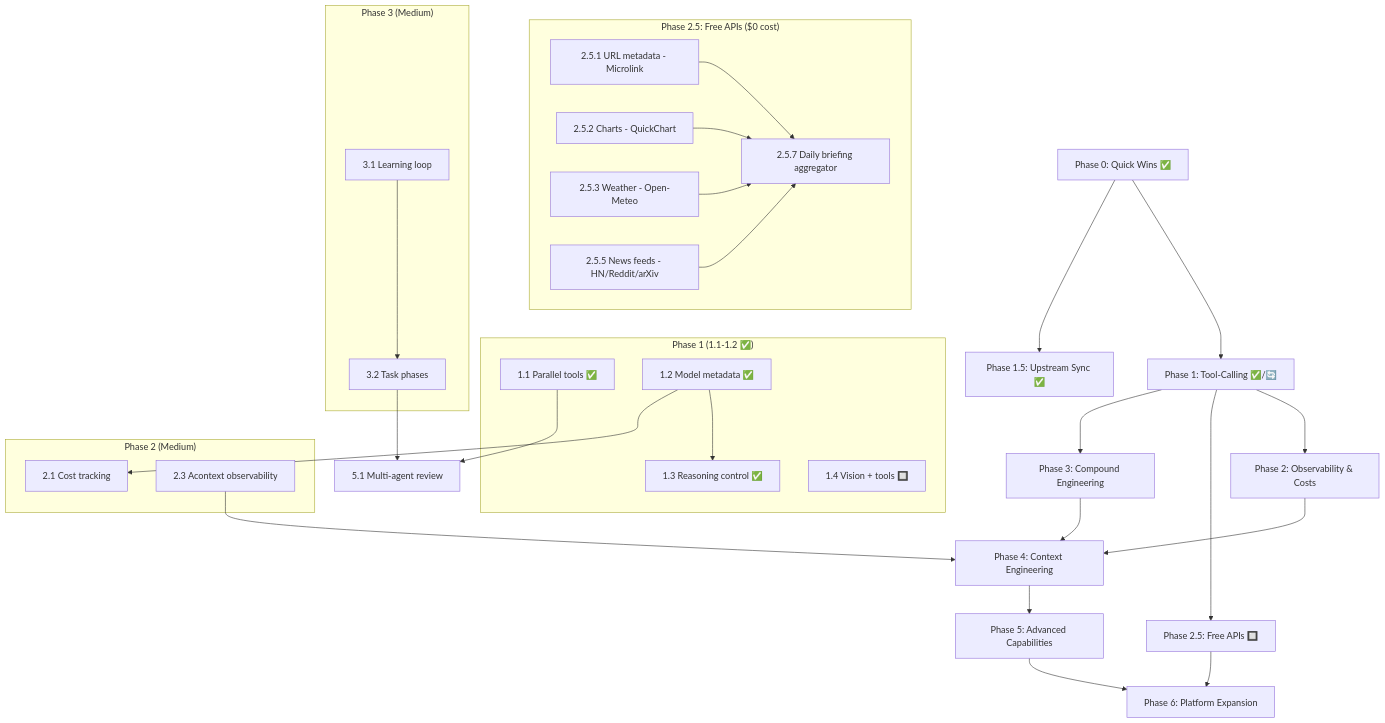
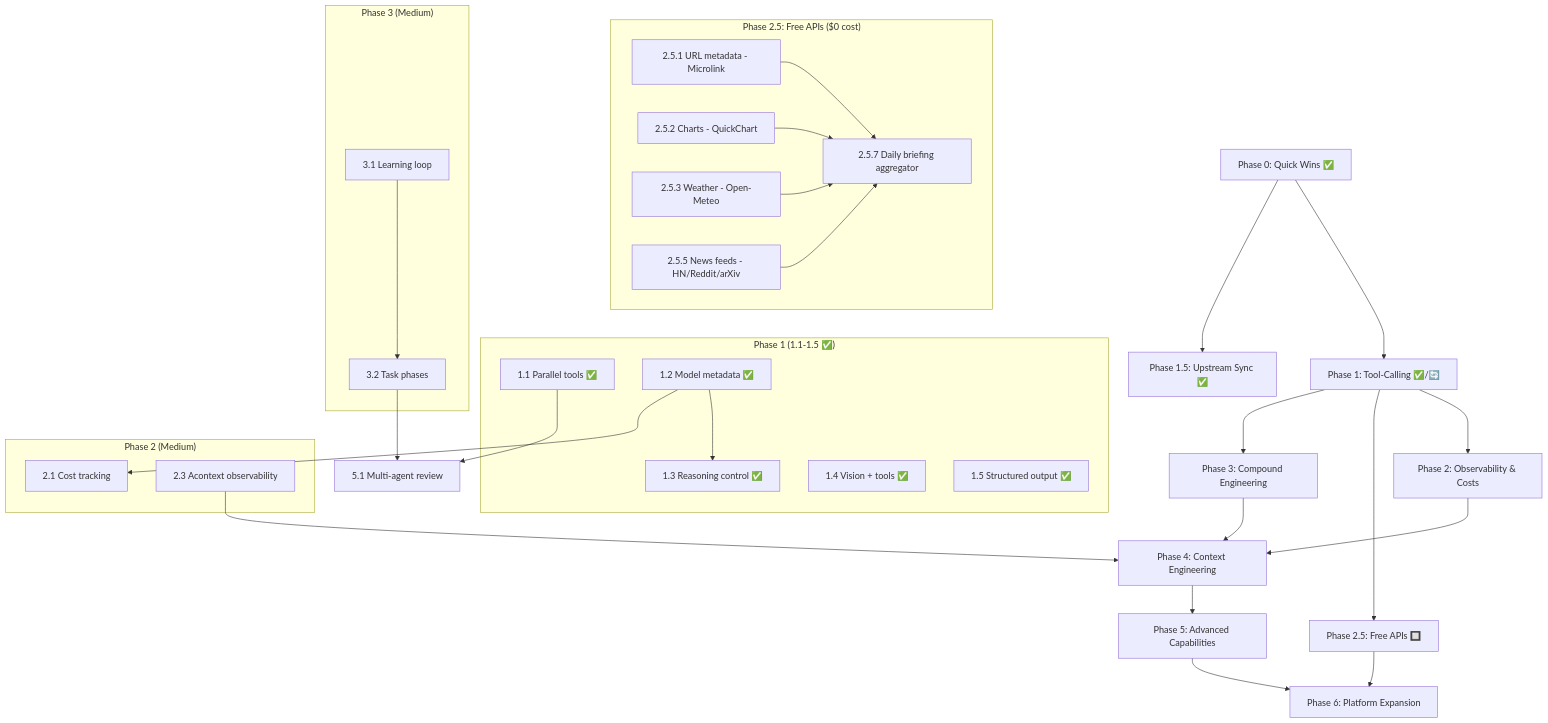
Before and after one commit to PetrAnto/moltworker: the diagram in claude-share/core/GLOBAL_ROADMAP.md, drawn with Mermaid. The commit also changed other lines of this file and 4 other files, not shown here.

First line of the commit message:
docs: update all sync docs for Phase 1.5 (structured output)

````diff
--- a/claude-share/core/GLOBAL_ROADMAP.md
+++ b/claude-share/core/GLOBAL_ROADMAP.md
@@ -246,49 +247,50 @@
 ```mermaid
 graph TD
     P0[Phase 0: Quick Wins ✅] --> P1[Phase 1: Tool-Calling ✅/🔄]
     P0 --> P15[Phase 1.5: Upstream Sync ✅]
     P1 --> P2[Phase 2: Observability & Costs]
     P1 --> P25[Phase 2.5: Free APIs 🔲]
     P1 --> P3[Phase 3: Compound Engineering]
     P2 --> P4[Phase 4: Context Engineering]
     P3 --> P4
     P4 --> P5[Phase 5: Advanced Capabilities]
     P5 --> P6[Phase 6: Platform Expansion]
     P25 --> P6
 
-    subgraph "Phase 1 (1.1-1.2 ✅)"
+    subgraph "Phase 1 (1.1-1.5 ✅)"
         P1_1[1.1 Parallel tools ✅]
         P1_2[1.2 Model metadata ✅]
         P1_3[1.3 Reasoning control ✅]
-        P1_4[1.4 Vision + tools 🔲]
+        P1_4[1.4 Vision + tools ✅]
+        P1_5[1.5 Structured output ✅]
     end
 
     subgraph "Phase 2.5: Free APIs ($0 cost)"
         P25_1[2.5.1 URL metadata - Microlink]
         P25_2[2.5.2 Charts - QuickChart]
         P25_3[2.5.3 Weather - Open-Meteo]
         P25_5[2.5.5 News feeds - HN/Reddit/arXiv]
         P25_7[2.5.7 Daily briefing aggregator]
     end
 
     subgraph "Phase 2 (Medium)"
         P2_1[2.1 Cost tracking]
         P2_3[2.3 Acontext observability]
     end
 
     subgraph "Phase 3 (Medium)"
         P3_1[3.1 Learning loop]
         P3_2[3.2 Task phases]
     end
 
     P1_1 --> P5_1[5.1 Multi-agent review]
     P1_2 --> P1_3
     P1_2 --> P2_1
     P25_1 --> P25_7
     P25_2 --> P25_7
     P25_3 --> P25_7
     P25_5 --> P25_7
     P2_3 --> P4
     P3_1 --> P3_2
     P3_2 --> P5_1
 ```
````
